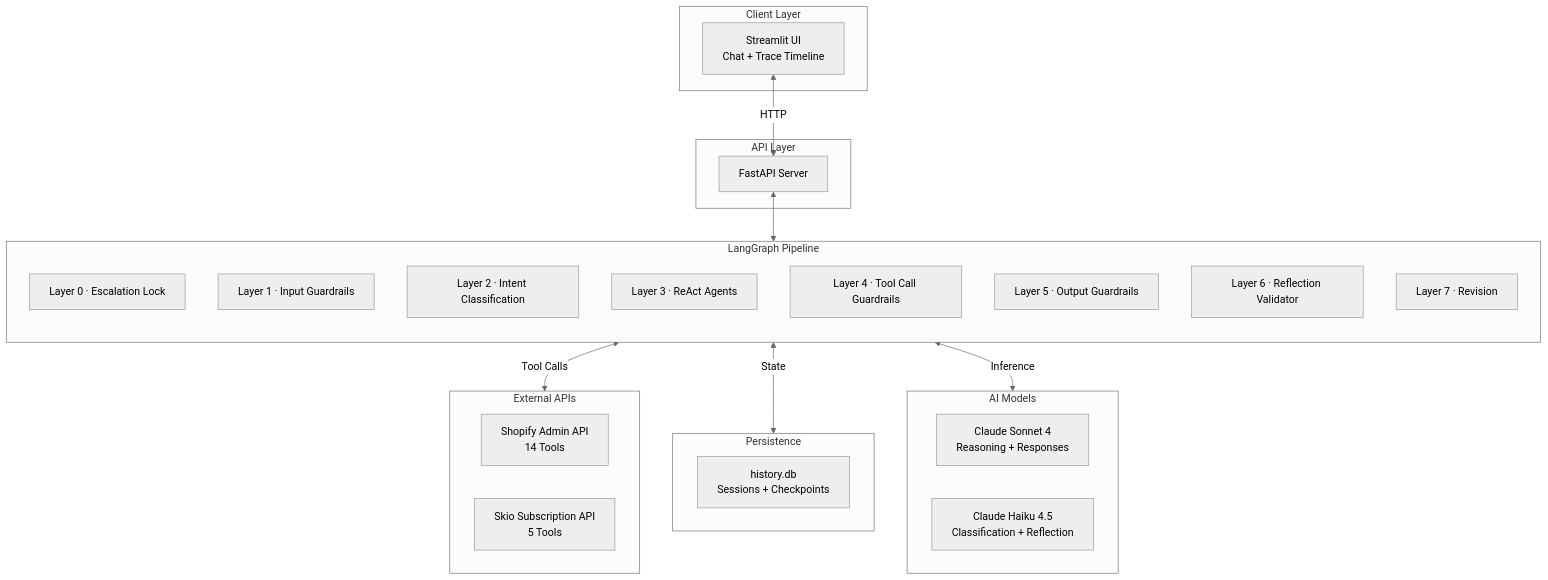
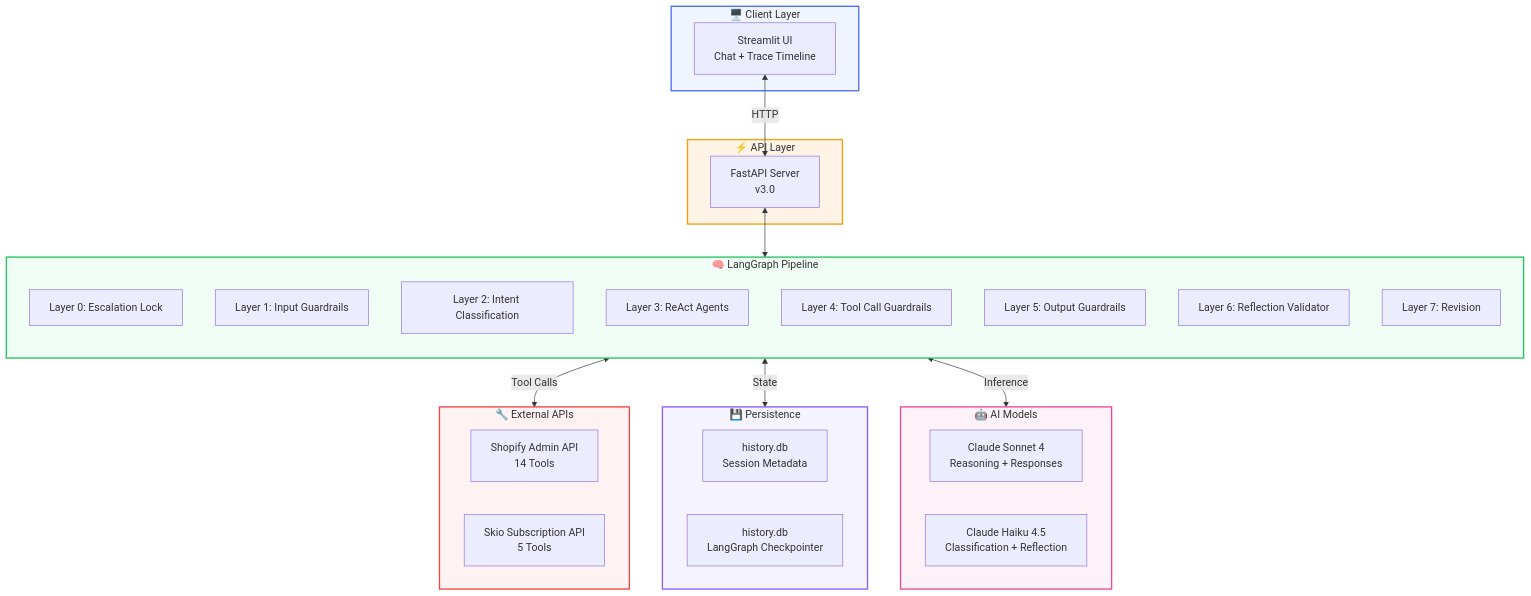
Before and after one commit to EminDurmuSS/lookfor-hackathon: the first of 14 diagrams in README.md, drawn with Mermaid. The commit also changed other lines of this file, not shown here.

````diff
--- a/README.md
+++ b/README.md
@@ -50,43 +50,50 @@
 ```mermaid
-%%{init: {'theme': 'neutral'}}%%
 graph TB
-    subgraph CLIENT["Client Layer"]
+    subgraph CLIENT["🖥️ Client Layer"]
         UI["Streamlit UI<br/>Chat + Trace Timeline"]
     end
 
-    subgraph API["API Layer"]
-        FAST["FastAPI Server"]
+    subgraph API["⚡ API Layer"]
+        FAST["FastAPI Server<br/>v3.0"]
     end
 
-    subgraph GRAPH["LangGraph Pipeline"]
+    subgraph GRAPH["🧠 LangGraph Pipeline"]
         direction TB
-        L0["Layer 0 · Escalation Lock"]
-        L1["Layer 1 · Input Guardrails"]
-        L2["Layer 2 · Intent Classification"]
-        L3["Layer 3 · ReAct Agents"]
-        L4["Layer 4 · Tool Call Guardrails"]
-        L5["Layer 5 · Output Guardrails"]
-        L6["Layer 6 · Reflection Validator"]
-        L7["Layer 7 · Revision"]
+        L0["Layer 0: Escalation Lock"]
+        L1["Layer 1: Input Guardrails"]
+        L2["Layer 2: Intent Classification"]
+        L3["Layer 3: ReAct Agents"]
+        L4["Layer 4: Tool Call Guardrails"]
+        L5["Layer 5: Output Guardrails"]
+        L6["Layer 6: Reflection Validator"]
+        L7["Layer 7: Revision"]
     end
 
-    subgraph TOOLS["External APIs"]
+    subgraph TOOLS["🔧 External APIs"]
         SHOP["Shopify Admin API<br/>14 Tools"]
         SKIO["Skio Subscription API<br/>5 Tools"]
     end
 
-    subgraph STORAGE["Persistence"]
-        DB["history.db<br/>Sessions + Checkpoints"]
+    subgraph STORAGE["💾 Persistence"]
+        SQLITE_HIST["history.db<br/>Session Metadata"]
+        SQLITE_CP["history.db<br/>LangGraph Checkpointer"]
     end
 
-    subgraph MODELS["AI Models"]
+    subgraph MODELS["🤖 AI Models"]
         SONNET["Claude Sonnet 4<br/>Reasoning + Responses"]
         HAIKU["Claude Haiku 4.5<br/>Classification + Reflection"]
     end
 
     UI <-->|HTTP| FAST
     FAST <--> GRAPH
     GRAPH <-->|Tool Calls| TOOLS
     GRAPH <-->|State| STORAGE
     GRAPH <-->|Inference| MODELS
+
+    style CLIENT fill:#f0f4ff,stroke:#4a6cf7,stroke-width:2px
+    style API fill:#fff4e6,stroke:#f59e0b,stroke-width:2px
+    style GRAPH fill:#f0fdf4,stroke:#22c55e,stroke-width:2px
+    style TOOLS fill:#fef2f2,stroke:#ef4444,stroke-width:2px
+    style STORAGE fill:#f5f3ff,stroke:#8b5cf6,stroke-width:2px
+    style MODELS fill:#fdf2f8,stroke:#ec4899,stroke-width:2px
 ```
````
